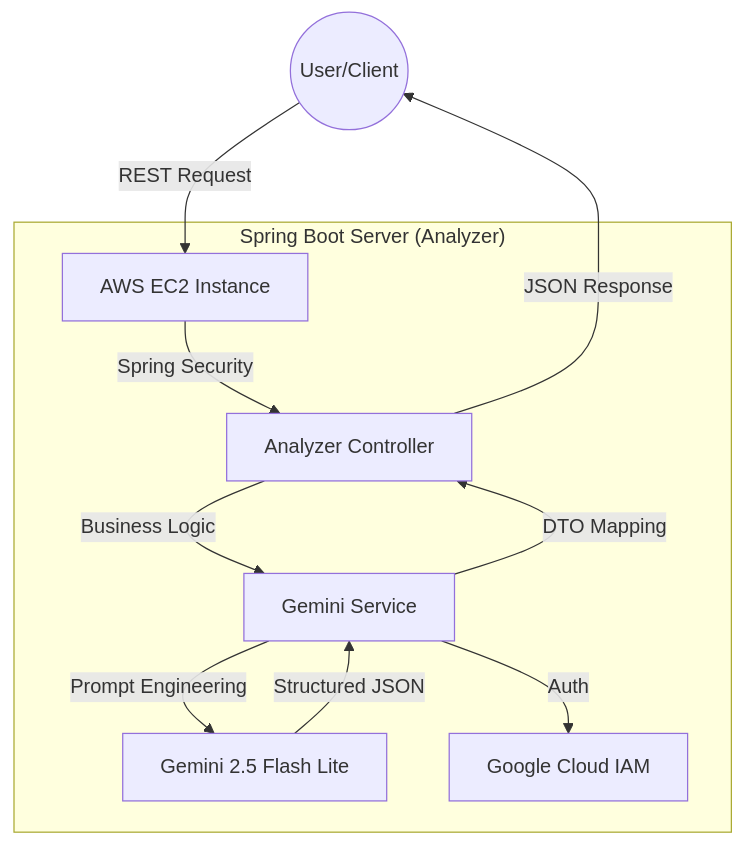
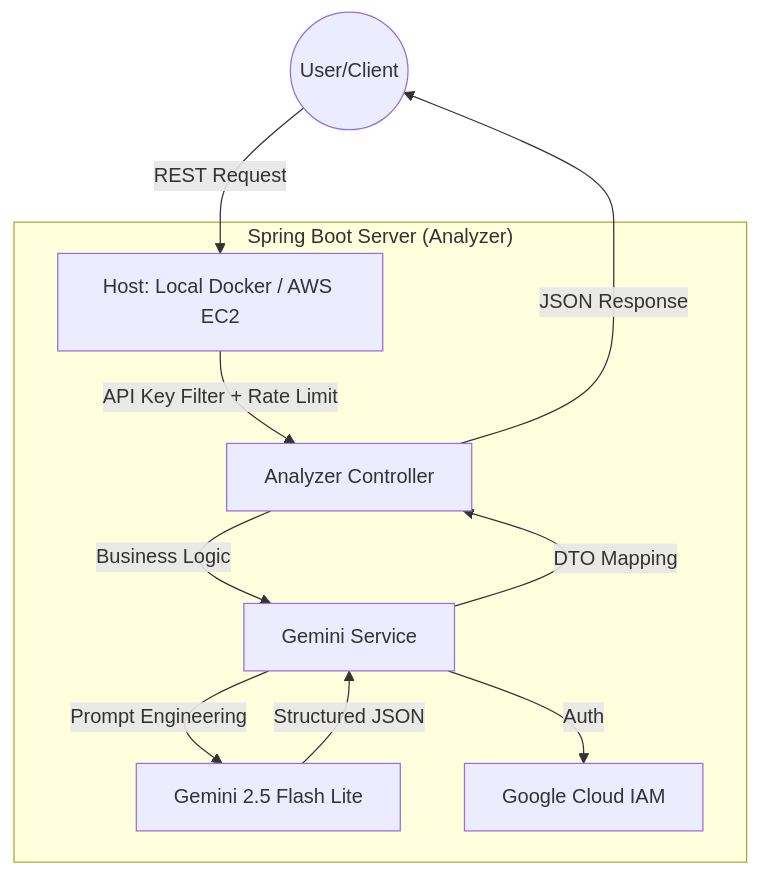
The diagram in README.md (2daKaizen-gun/kotona-analyzer), drawn with Mermaid before and after one commit. The commit also changed other lines of this file and 20 other files, not shown here.

First line of the commit message:
feat: harden API with API key auth, rate limiting, CORS and cleanup (#29)

````diff
--- a/README.md
+++ b/README.md
@@ -42,13 +42,13 @@
 ```mermaid
 graph TD
-  User((User/Client)) -->|REST Request| EC2[AWS EC2 Instance]
+  User((User/Client)) -->|REST Request| Host[Host: Local Docker / AWS EC2]
   subgraph "Spring Boot Server (Analyzer)"
-    EC2 -->|Spring Security| Controller[Analyzer Controller]
+    Host -->|API Key Filter + Rate Limit| Controller[Analyzer Controller]
     Controller -->|Business Logic| Service[Gemini Service]
     Service -->|Prompt Engineering| Gemini[Gemini 2.5 Flash Lite]
     Service -->|Auth| GCP[Google Cloud IAM]
   end
   Gemini -->|Structured JSON| Service
   Service -->|DTO Mapping| Controller
   Controller -->|JSON Response| User
 ```
````
